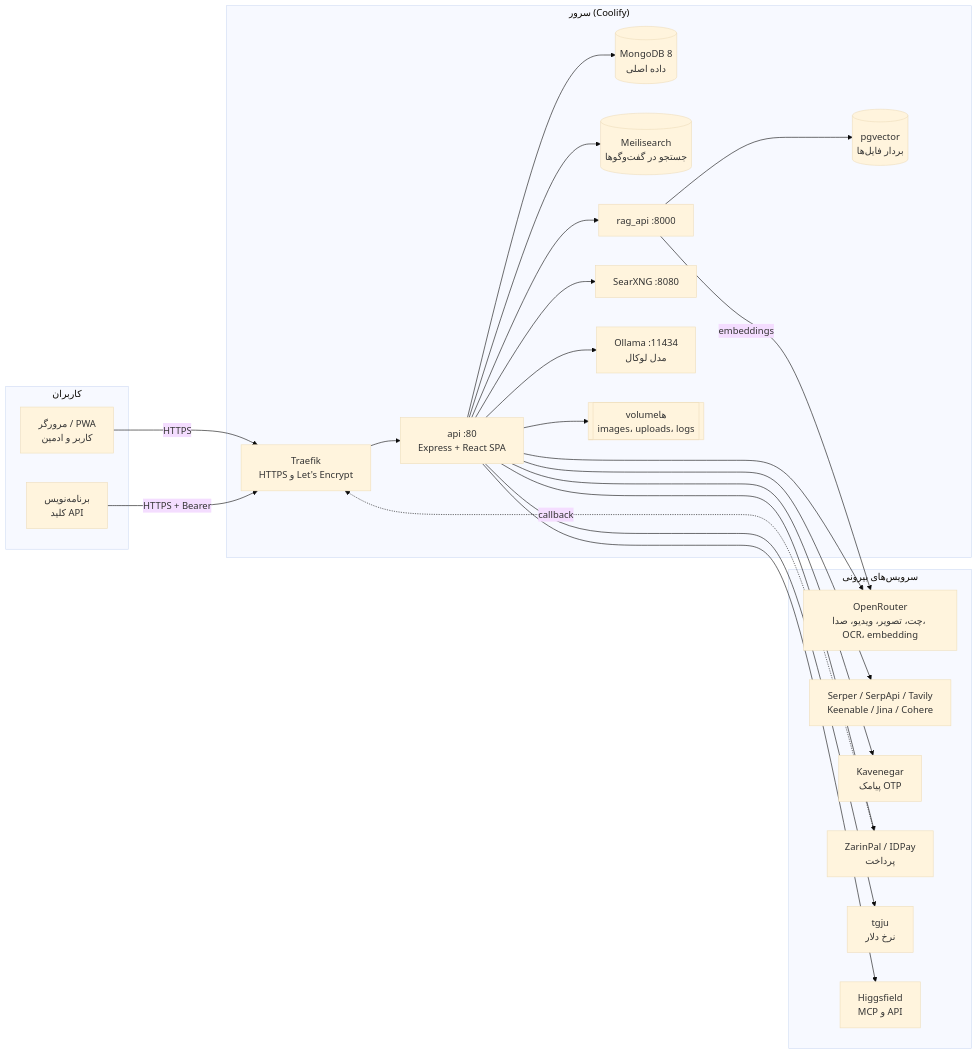
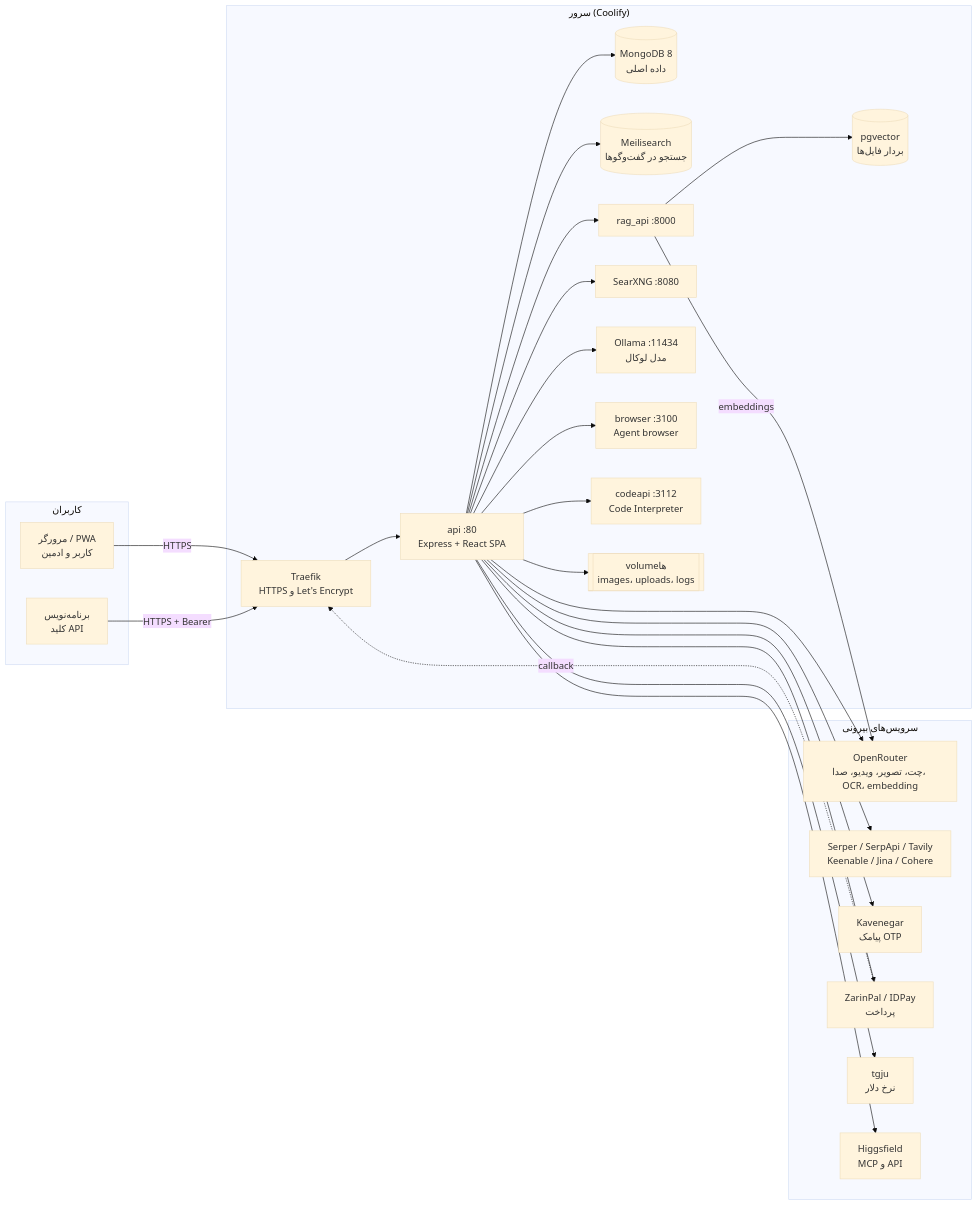
The first of 6 diagrams in docs/saas/ARCHITECTURE.md (ast2019/LibreChat-MCP-RAG), drawn with Mermaid (base theme) before and after one commit. The commit also changed other lines of this file and 15 other files, not shown here.

First line of the commit message:
feat: Code Interpreter + Attached VM path (v0.35–0.36) (#61)

````diff
--- a/docs/saas/ARCHITECTURE.md
+++ b/docs/saas/ARCHITECTURE.md
@@ -17,37 +17,39 @@
 ```mermaid
 flowchart LR
   subgraph Clients["کاربران"]
     B["مرورگر / PWA<br/>کاربر و ادمین"]
     D["برنامه‌نویس<br/>کلید API"]
   end
 
   subgraph Coolify["سرور (Coolify)"]
     T["Traefik<br/>HTTPS و Let's Encrypt"]
     API["api :80<br/>Express + React SPA"]
     M[("MongoDB 8<br/>داده اصلی")]
     MS[("Meilisearch<br/>جستجو در گفت‌وگوها")]
     RAG["rag_api :8000"]
     V[("pgvector<br/>بردار فایل‌ها")]
     S["SearXNG :8080"]
     O["Ollama :11434<br/>مدل لوکال"]
+    BR["browser :3100<br/>Agent browser"]
+    CI["codeapi :3112<br/>Code Interpreter"]
     VOL[["volumeها<br/>images، uploads، logs"]]
   end
 
   subgraph External["سرویس‌های بیرونی"]
     OR["OpenRouter<br/>چت، تصویر، ویدیو، صدا، OCR، embedding"]
     WS["Serper / SerpApi / Tavily<br/>Keenable / Jina / Cohere"]
     KV["Kavenegar<br/>پیامک OTP"]
     PG["ZarinPal / IDPay<br/>پرداخت"]
     TG["tgju<br/>نرخ دلار"]
     HF["Higgsfield<br/>MCP و API"]
   end
 
   B -->|HTTPS| T
   D -->|HTTPS + Bearer| T
   T --> API
-  API --> M & MS & RAG & S & O & VOL
+  API --> M & MS & RAG & S & O & BR & CI & VOL
   RAG --> V
   RAG -->|embeddings| OR
   API --> OR & WS & KV & PG & TG & HF
   PG -.->|callback| T
 ```
````
